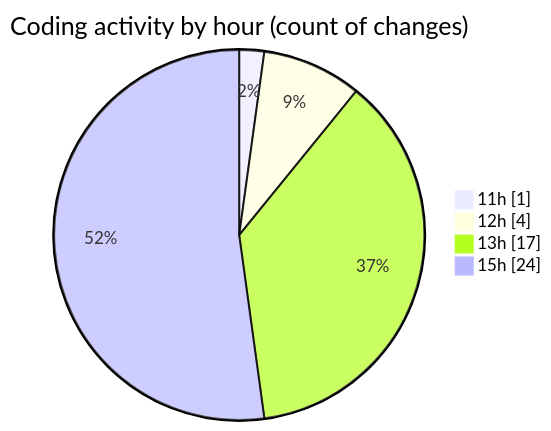
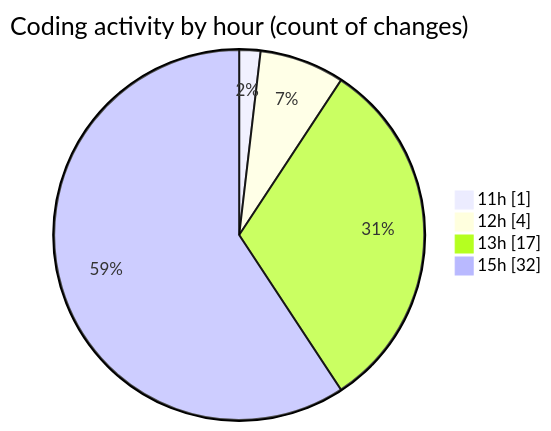
Before and after one commit to nxtqubesakshisongat/code-tracking: the second of 2 diagrams in 2025-09-28/nxtqube_webapp/README.md, drawn with Mermaid. The commit also changed other lines of this file and 1 other file, not shown here.

````diff
--- a/2025-09-28/nxtqube_webapp/README.md
+++ b/2025-09-28/nxtqube_webapp/README.md
@@ -29,8 +29,8 @@
 ```mermaid
 pie showData
 title Coding activity by hour (count of changes)
 "11h" : 1
 "12h" : 4
 "13h" : 17
-"15h" : 24
+"15h" : 32
 ```
````
